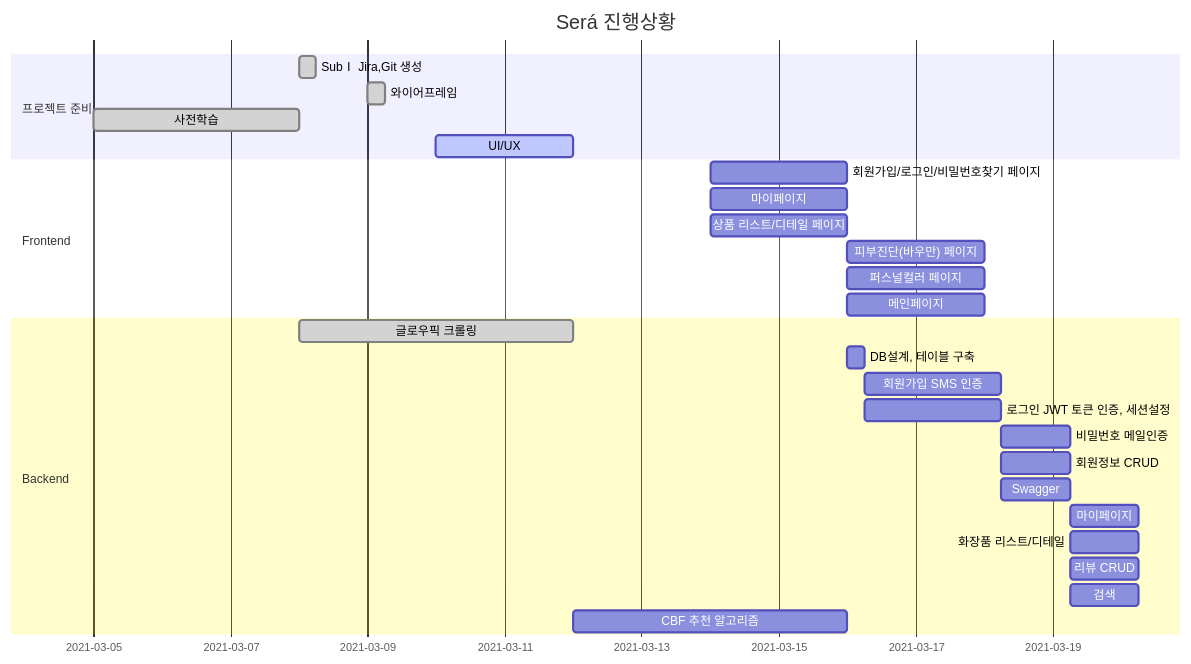
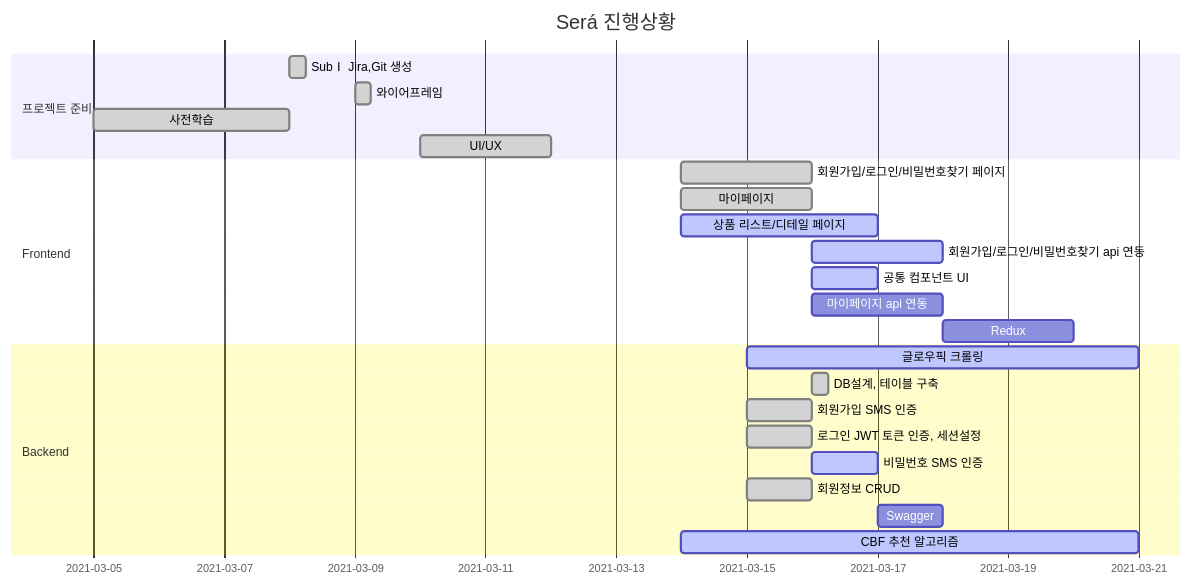
Before and after one commit to jihyeong2/PJT-Sera: the diagram in README.md, drawn with Mermaid.

Commit message:
README_0316 : gantt chart 수정

````diff
--- a/README.md
+++ b/README.md
@@ -32,34 +32,30 @@
 ```mermaid
 gantt
     title Será 진행상황
     dateFormat  YYYY-MM-DD
     section 프로젝트 준비
     SubⅠ Jira,Git 생성  :done, 2021-03-08, 6h
     와이어프레임 : done, 2021-03-09, 6h
     사전학습   :done, 2021-03-05, 3d
-    UI/UX   : active,   2021-03-10, 2d
+    UI/UX   : done,   2021-03-10, 2d
     
 
     section Frontend
-   	회원가입/로그인/비밀번호찾기 페이지 :  t1, 2021-03-14, 2d
-   	마이페이지 :  t2, 2021-03-14, 2d
-   	상품 리스트/디테일 페이지  :  t3, 2021-03-14, 2d
-    피부진단(바우만) 페이지 : t4, after t1,2d
-    퍼스널컬러 페이지 : t5, after t2, 2d
-    메인페이지 : t6, after t3, 2d
-    
+   	회원가입/로그인/비밀번호찾기 페이지 :  done, t1, 2021-03-14, 2d
+   	마이페이지 :  done, t2, 2021-03-14, 2d
+   	상품 리스트/디테일 페이지  : active, t3, 2021-03-14, 3d
+    회원가입/로그인/비밀번호찾기 api 연동 : active, t4, after t1,2d
+    공통 컴포넌트 UI : active, t7, 2021-03-16, 1d
+    마이페이지 api 연동: t5, 2021-03-16, 2d
+    Redux : t6, 2021-03-18, 2d
     
     section Backend
-  	글로우픽 크롤링 : done, b_t1, 2021-03-08, 4d
-  	DB설계, 테이블 구축 : b_t2, after 2021-03-12, 6h
-    회원가입 SMS 인증 : b_t4, after b_t2, 2d
-    로그인 JWT 토큰 인증, 세션설정 : b_t5, after b_t2, 2d
-    비밀번호 메일인증 : b_t6, after b_t5, 1d
-    회원정보 CRUD : b_t7, after b_t4, 1d
-    Swagger : b_t8, after b_t4, 1d
-    마이페이지 : b_t12, after b_t7, 1d
-    화장품 리스트/디테일 : b_t9, after b_t7, 1d
-    리뷰 CRUD : b_t10, after b_t7, 1d
-    검색 : b_t11, after b_t7, 1d
-    CBF 추천 알고리즘 :    b_t3, after b_t1, 4d
+  	글로우픽 크롤링 : active, b_t1, 2021-03-15, 6d
+  	DB설계, 테이블 구축 : done, b_t2, after 2021-03-12, 6h
+    회원가입 SMS 인증 : done, b_t4, 2021-03-15, 1d
+    로그인 JWT 토큰 인증, 세션설정 : done, b_t5, 2021-03-15, 1d
+    비밀번호 SMS 인증 : active, b_t6, 2021-03-16, 1d
+    회원정보 CRUD : done, b_t7, 2021-03-15, 1d
+    Swagger : b_t8, after b_t6, 1d
+    CBF 추천 알고리즘 : active, b_t3, 2021-03-14, 7d
 ```
````
